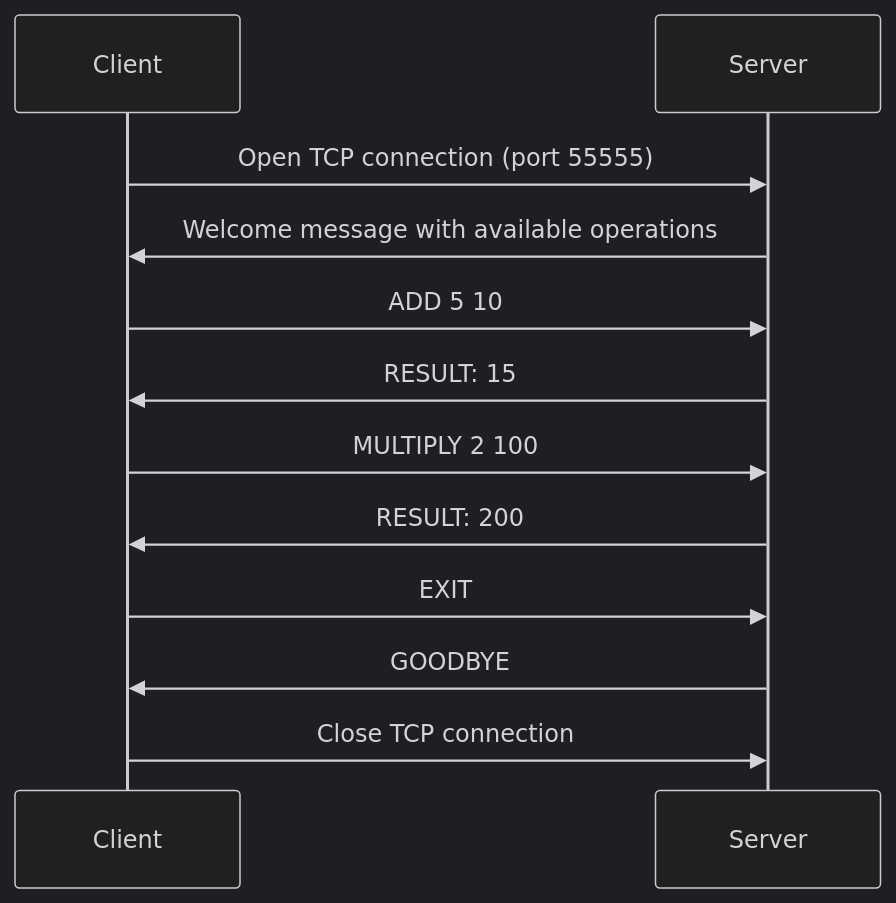
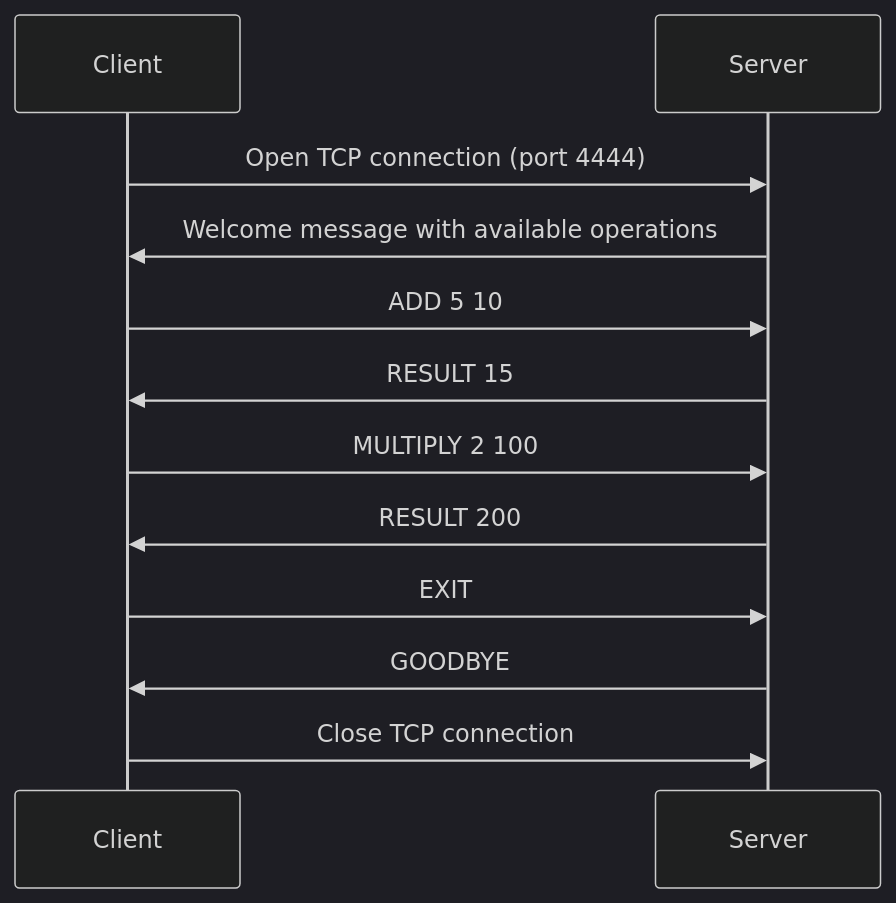
One commit to ryadbouzourene/dai-lab-protocoldesign-bouzourene-christen changed the first of 5 diagrams in specs/ryadbouzourene_Anthony-Christen/protocol.md. Above: the diagram before and after it, drawn with Mermaid (dark theme). The commit also changed other lines of this file, not shown here.

````diff
--- a/specs/ryadbouzourene_Anthony-Christen/protocol.md
+++ b/specs/ryadbouzourene_Anthony-Christen/protocol.md
@@ -79,15 +79,15 @@
 ```mermaid
 sequenceDiagram
     participant Client
     participant Server
 
-    Client->>Server: Open TCP connection (port 55555)
+    Client->>Server: Open TCP connection (port 4444)
     Server->>Client: Welcome message with available operations
     Client->>Server: ADD 5 10
-    Server->>Client: RESULT: 15
+    Server->>Client: RESULT 15
     Client->>Server: MULTIPLY 2 100
-    Server->>Client: RESULT: 200
+    Server->>Client: RESULT 200
     Client->>Server: EXIT
     Server->>Client: GOODBYE
     Client->>Server: Close TCP connection
 ```
````
